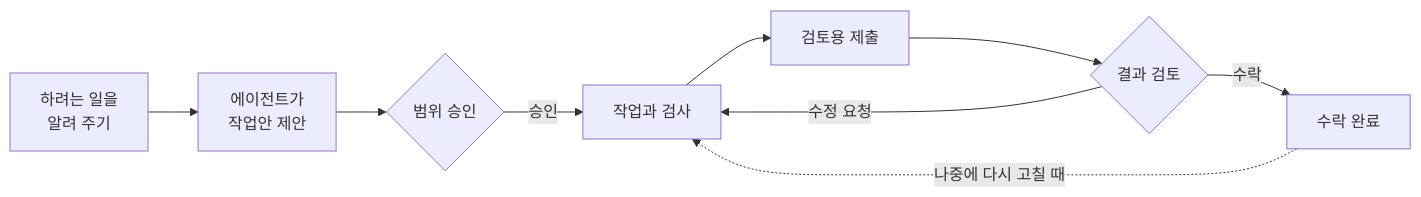
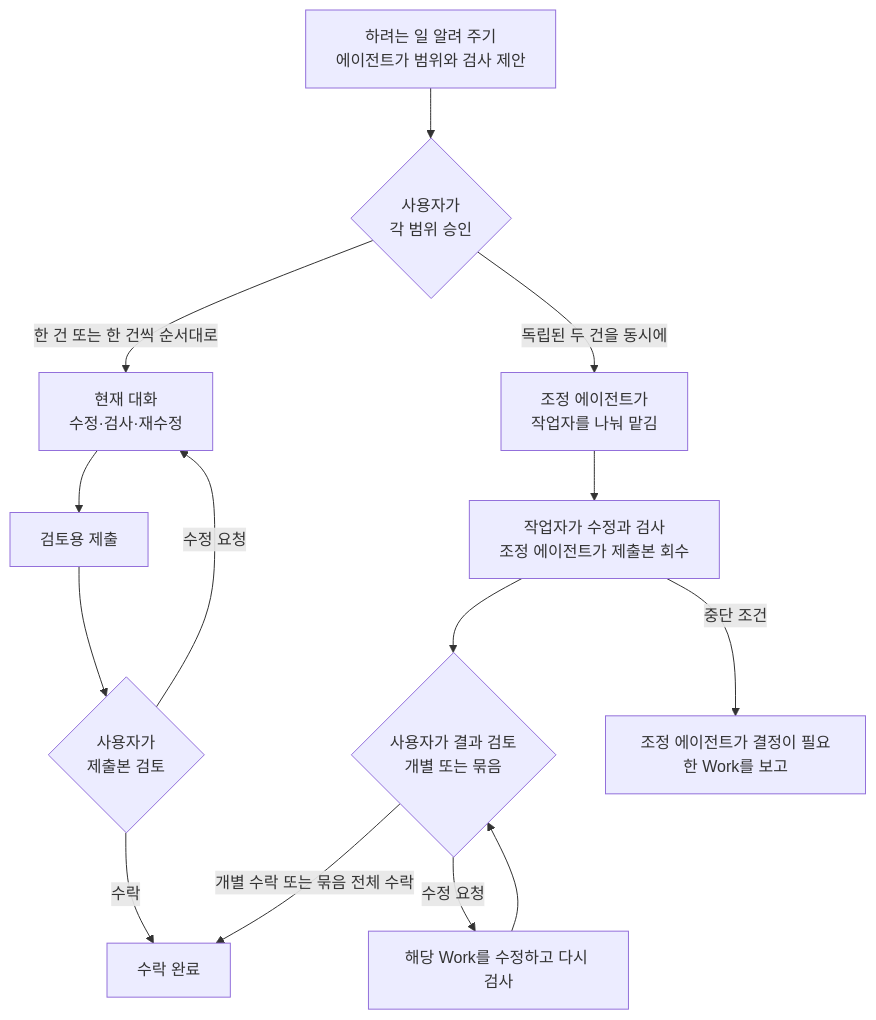
One commit to kyungseo/colvia changed the diagram in manual/ko/work.md. Above: the diagram before and after it, drawn with Mermaid. The commit also changed other lines of this file and 3 other files, not shown here.

````diff
--- a/manual/ko/work.md
+++ b/manual/ko/work.md
@@ -9,11 +9,16 @@
 ```mermaid
-flowchart LR
-    A["하려는 일을<br/>알려 주기"] --> B["에이전트가<br/>작업안 제안"]
-    B --> C{"범위 승인"}
-    C -->|승인| D["작업과 검사"]
-    D --> E["검토용 제출"]
-    E --> F{"결과 검토"}
-    F -->|수락| G["수락 완료"]
-    F -->|수정 요청| D
-    G -.->|나중에 다시 고칠 때| D
+flowchart TD
+    A["하려는 일 알려 주기<br/>에이전트가 범위와 검사 제안"] --> B{"사용자가<br/>각 범위 승인"}
+    B -->|"한 건 또는 한 건씩 순서대로"| C["현재 대화<br/>수정·검사·재수정"]
+    C --> D["검토용 제출"]
+    D --> E{"사용자가<br/>제출본 검토"}
+    E -->|수정 요청| C
+    E -->|수락| F["수락 완료"]
+    B -->|"독립된 두 건을 동시에"| G["조정 에이전트가<br/>작업자를 나눠 맡김"]
+    G --> H["작업자가 수정과 검사<br/>조정 에이전트가 제출본 회수"]
+    H --> I{"사용자가 결과 검토<br/>개별 또는 묶음"}
+    H -->|중단 조건| J["조정 에이전트가 결정이 필요한 Work를 보고"]
+    I -->|수정 요청| K["해당 Work를 수정하고 다시 검사"]
+    K --> I
+    I -->|"개별 수락 또는 묶음 전체 수락"| F
 ```
````
